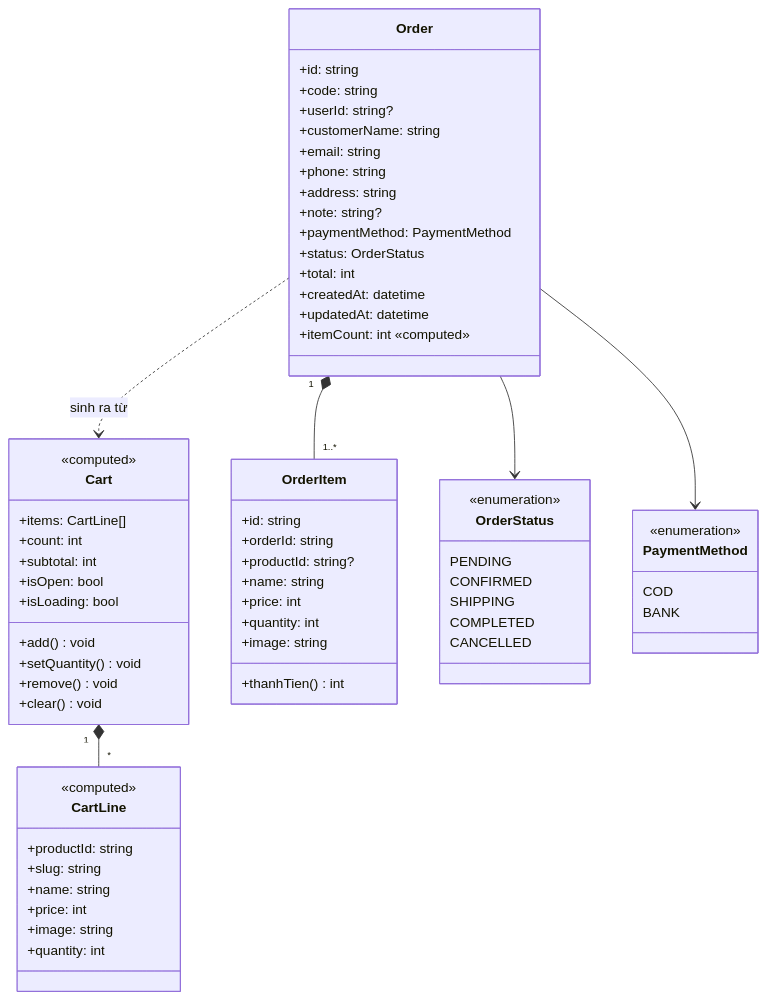
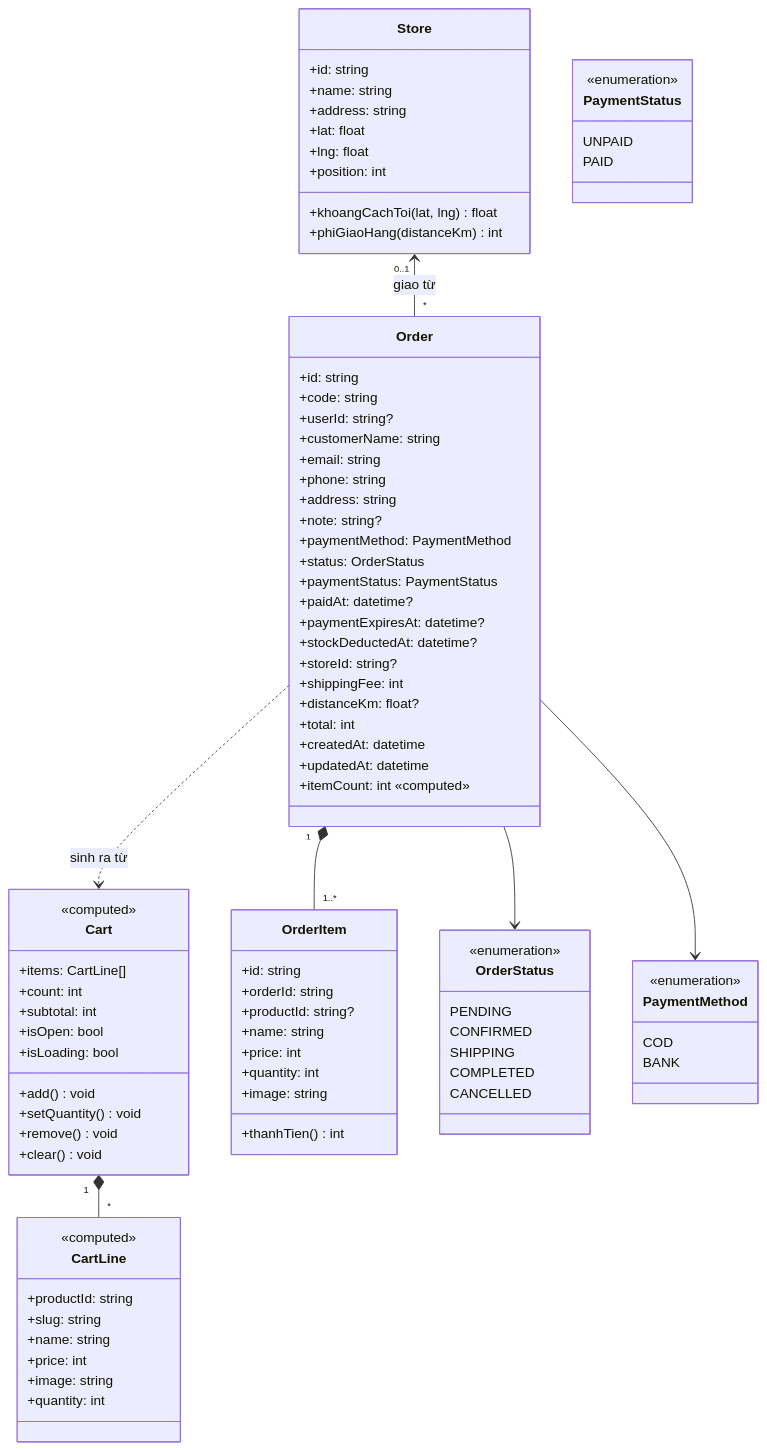
One commit to ngvuowng/doan changed diagram 44 of 51 in docs/SRS.md. Above: the diagram before and after it, drawn with Mermaid. The commit also changed other lines of this file and 63 other files, not shown here.

```diff
--- a/docs/SRS.md
+++ b/docs/SRS.md
@@ -2313,6 +2384,13 @@
         +note: string?
         +paymentMethod: PaymentMethod
         +status: OrderStatus
+        +paymentStatus: PaymentStatus
+        +paidAt: datetime?
+        +paymentExpiresAt: datetime?
+        +stockDeductedAt: datetime?
+        +storeId: string?
+        +shippingFee: int
+        +distanceKm: float?
         +total: int
         +createdAt: datetime
         +updatedAt: datetime
@@ -2330,6 +2408,17 @@
         +thanhTien() int
     }
 
+    class Store {
+        +id: string
+        +name: string
+        +address: string
+        +lat: float
+        +lng: float
+        +position: int
+        +khoangCachToi(lat, lng) float
+        +phiGiaoHang(distanceKm) int
+    }
+
     class OrderStatus {
         <<enumeration>>
         PENDING
@@ -2345,8 +2434,15 @@
         BANK
     }
 
+    class PaymentStatus {
+        <<enumeration>>
+        UNPAID
+        PAID
+    }
+
     Cart "1" *-- "*" CartLine
     Order "1" *-- "1..*" OrderItem
+    Store "0..1" <-- "*" Order : giao từ
     Order --> OrderStatus
     Order --> PaymentMethod
     Order ..> Cart : sinh ra từ
```
